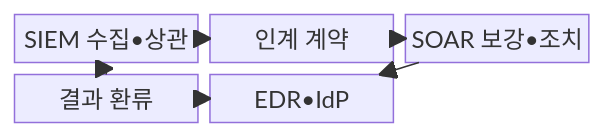
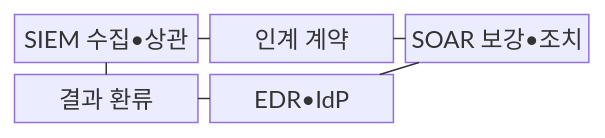
One commit to agnusdei1207/knowledge-base changed the first of 2 diagrams in src/content/docs/notes/05-security/037_siem_vs_soar.md. Above: the diagram before and after it, drawn with Mermaid. The commit also changed other lines of this file and 493 other files, not shown here.

````diff
--- a/src/content/docs/notes/05-security/037_siem_vs_soar.md
+++ b/src/content/docs/notes/05-security/037_siem_vs_soar.md
@@ -63,14 +63,14 @@
 ```mermaid
-block
+block-beta
   columns 3
   A["SIEM 수집•상관"]
   B["인계 계약"]
   C["SOAR 보강•조치"]
   D["결과 환류"]
   E["EDR•IdP"]
-    A --> B
-    B --> C
-    C --> E
-    E --> D
-    D --> A
+    A --- B
+    B --- C
+    C --- E
+    E --- D
+    D --- A
 ```
````
